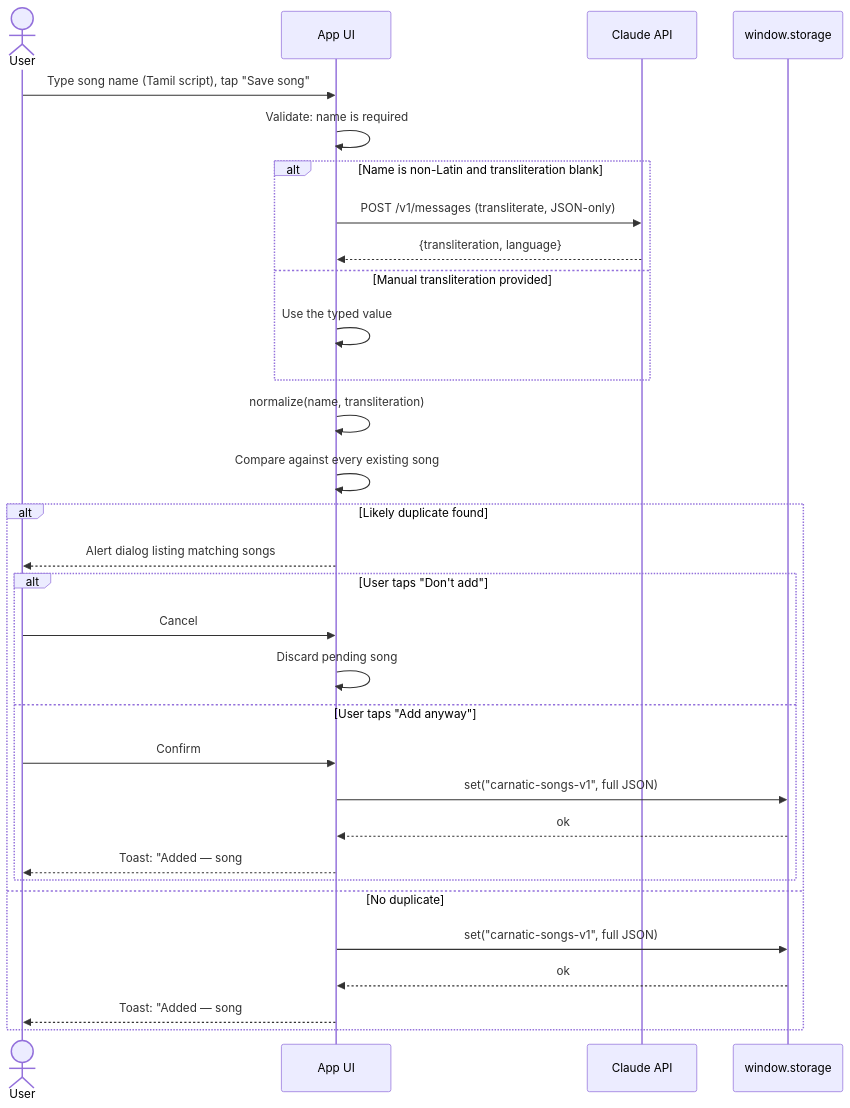
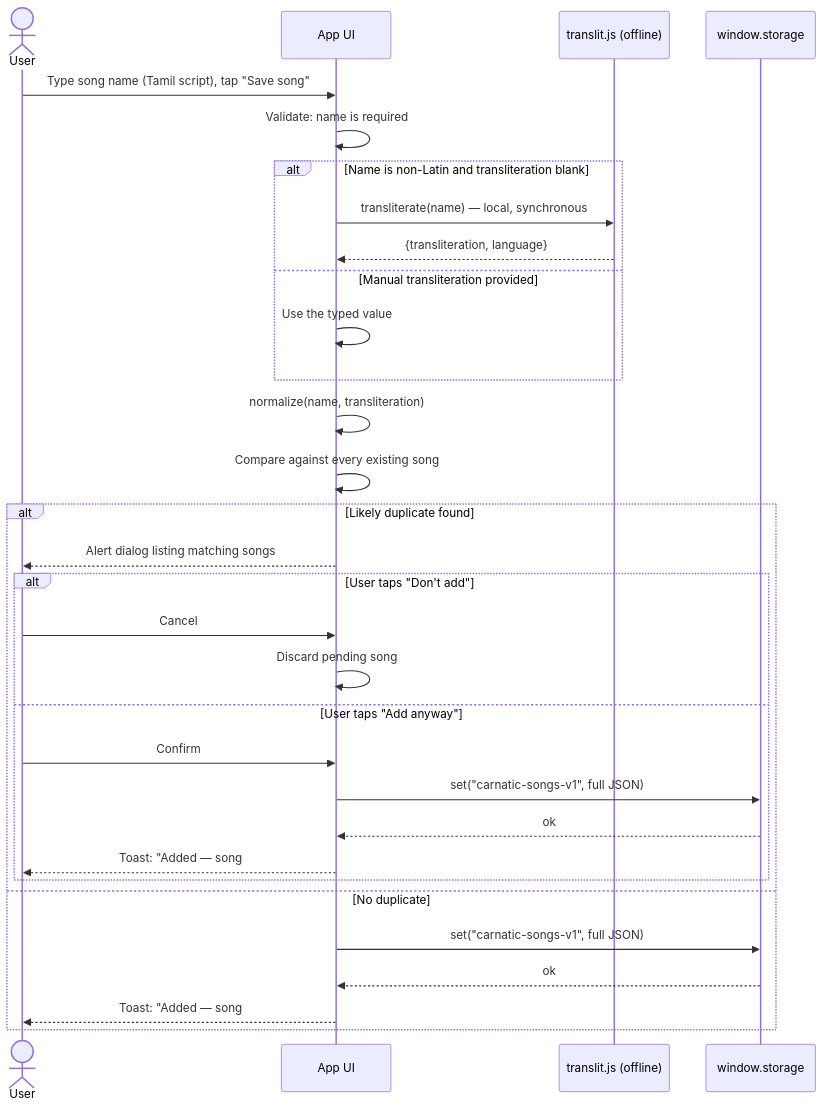
Before and after one commit to sathyaincampus/paadal-pettagam: the first of 4 diagrams in docs/ARCHITECTURE.md, drawn with Mermaid. The commit also changed other lines of this file and 5 other files, not shown here.

First line of the commit message:
Go fully offline: replace API transliteration with built-in rule-based engine

````diff
--- a/docs/ARCHITECTURE.md
+++ b/docs/ARCHITECTURE.md
@@ -55,34 +55,34 @@
 ```mermaid
 sequenceDiagram
     actor U as User
     participant UI as App UI
-    participant T as Claude API
+    participant T as translit.js (offline)
     participant S as window.storage
 
     U->>UI: Type song name (Tamil script), tap "Save song"
     UI->>UI: Validate: name is required
     alt Name is non-Latin and transliteration blank
-        UI->>T: POST /v1/messages (transliterate, JSON-only)
+        UI->>T: transliterate(name) — local, synchronous
         T-->>UI: {transliteration, language}
     else Manual transliteration provided
         UI->>UI: Use the typed value
     end
     UI->>UI: normalize(name, transliteration)
     UI->>UI: Compare against every existing song
     alt Likely duplicate found
         UI-->>U: Alert dialog listing matching songs
         alt User taps "Don't add"
             U->>UI: Cancel
             UI->>UI: Discard pending song
         else User taps "Add anyway"
             U->>UI: Confirm
             UI->>S: set("carnatic-songs-v1", full JSON)
             S-->>UI: ok
             UI-->>U: Toast: "Added — song #N in the book."
         end
     else No duplicate
         UI->>S: set("carnatic-songs-v1", full JSON)
         S-->>UI: ok
         UI-->>U: Toast: "Added — song #N in the book."
     end
 ```
````
